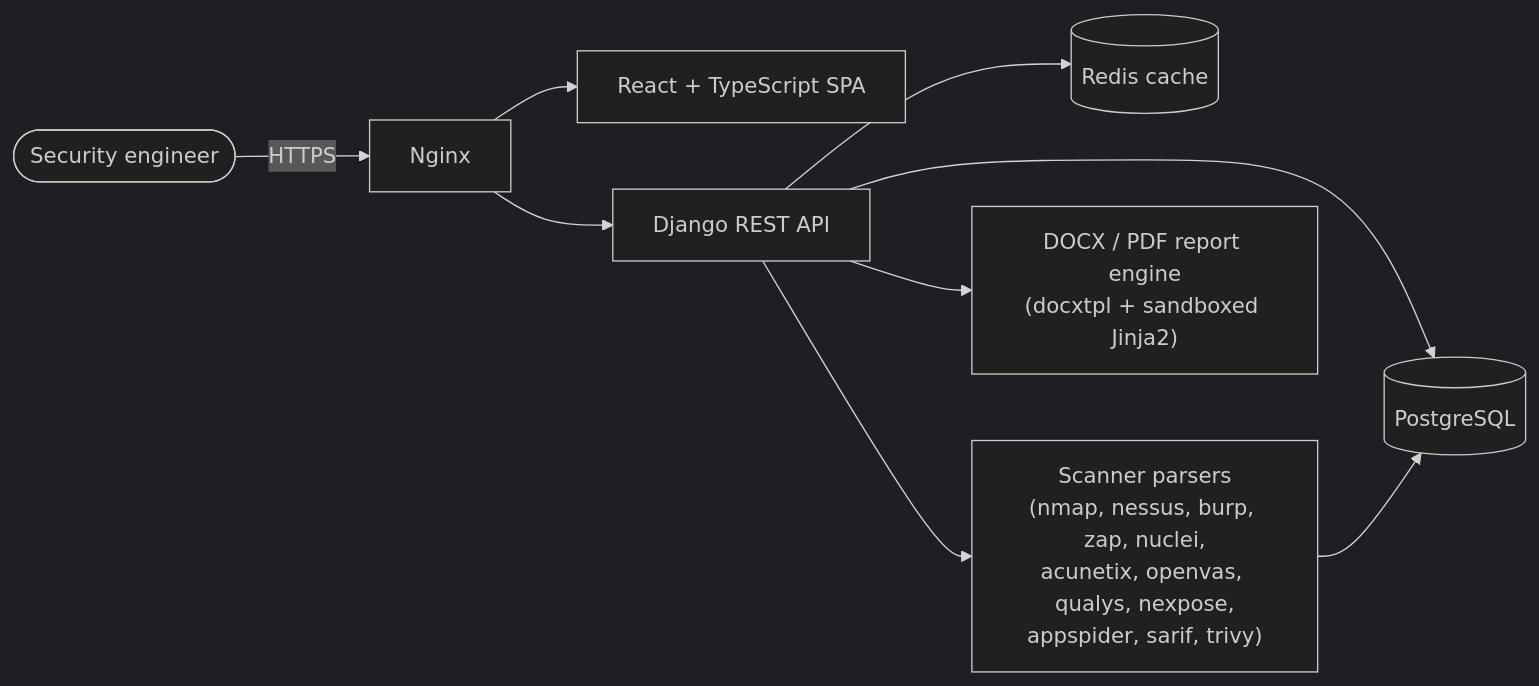
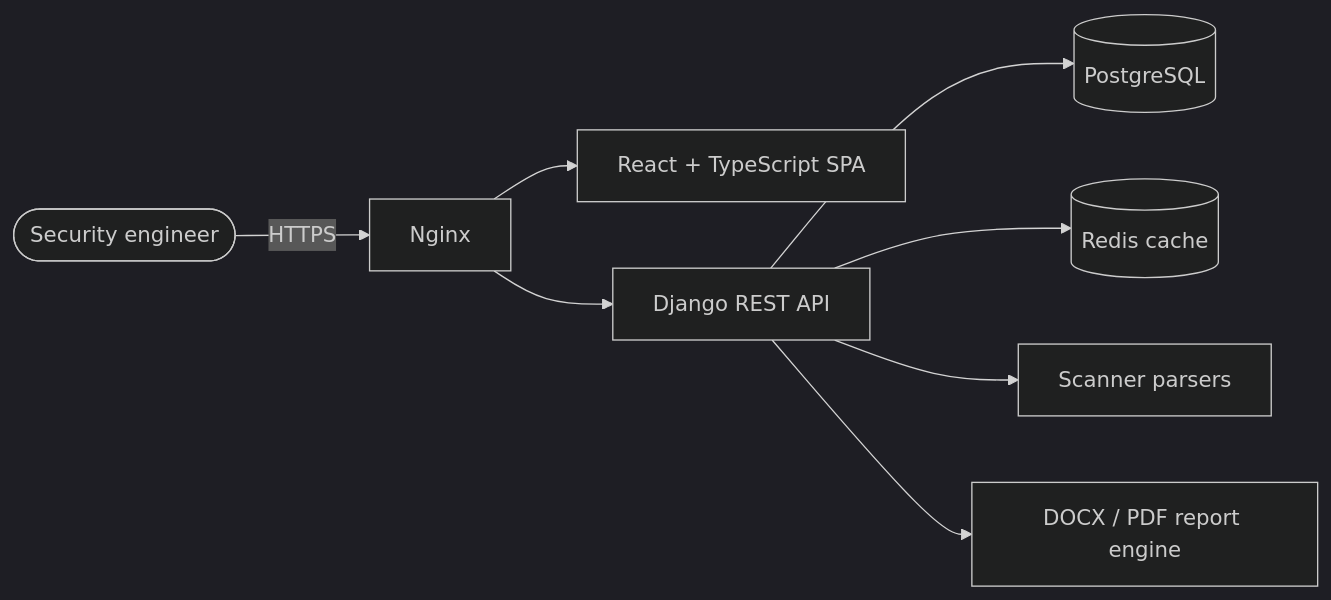
The diagram in README.md (Gastordia/SecurityHub-Community), drawn with Mermaid (dark theme) before and after one commit. The commit also changed other lines of this file and 1 other file, not shown here.

````diff
--- a/README.md
+++ b/README.md
@@ -61,11 +45,10 @@
 ```mermaid
 flowchart LR
     User(["Security engineer"]) -->|HTTPS| Nginx
     Nginx --> Frontend["React + TypeScript SPA"]
     Nginx --> API["Django REST API"]
     API --> DB[("PostgreSQL")]
     API --> Cache[("Redis cache")]
-    API --> Parsers["Scanner parsers\n(nmap, nessus, burp, zap, nuclei,\nacunetix, openvas, qualys, nexpose,\nappspider, sarif, trivy)"]
-    Parsers --> DB
-    API --> Reports["DOCX / PDF report engine\n(docxtpl + sandboxed Jinja2)"]
+    API --> Parsers["Scanner parsers"]
+    API --> Reports["DOCX / PDF report engine"]
 ```
````
